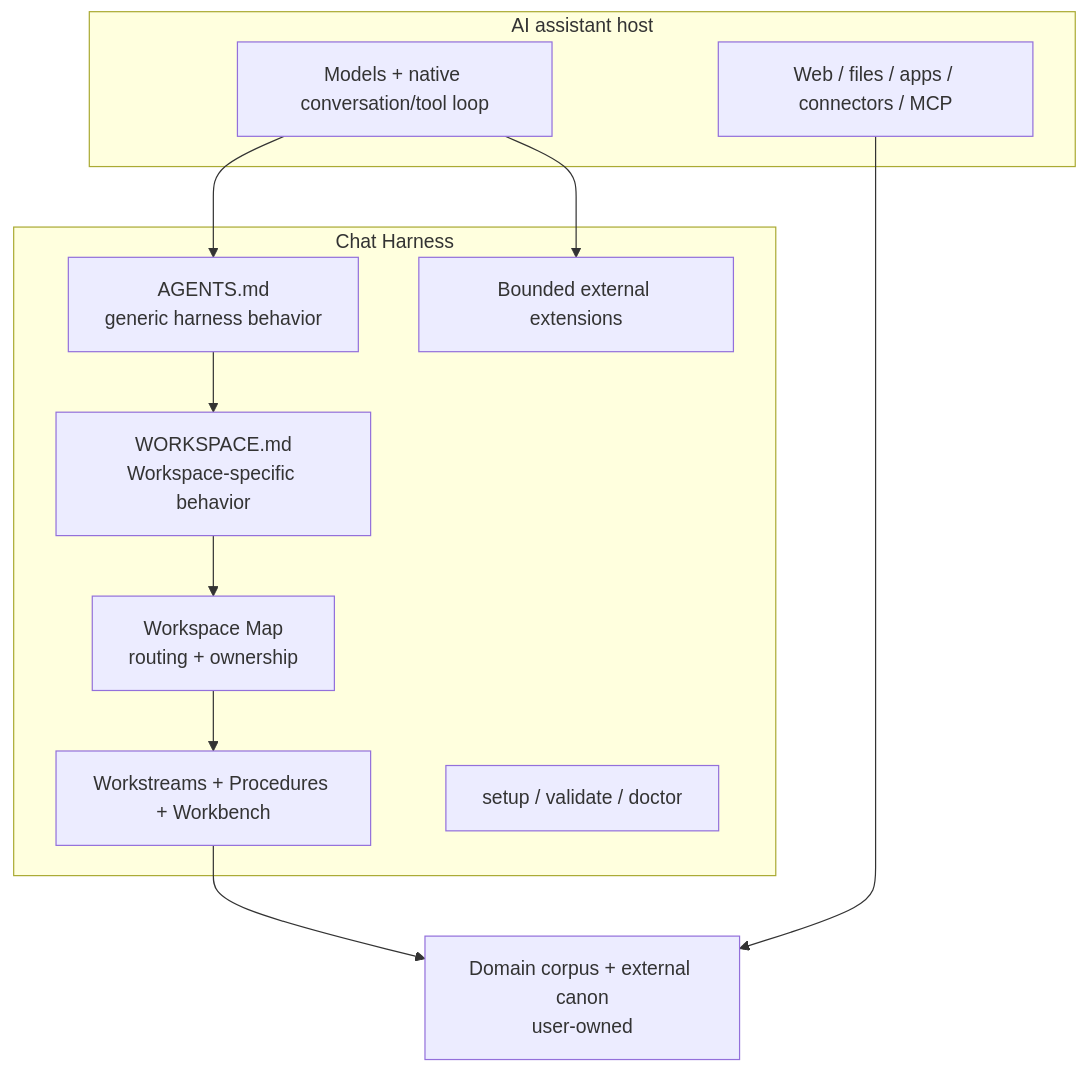
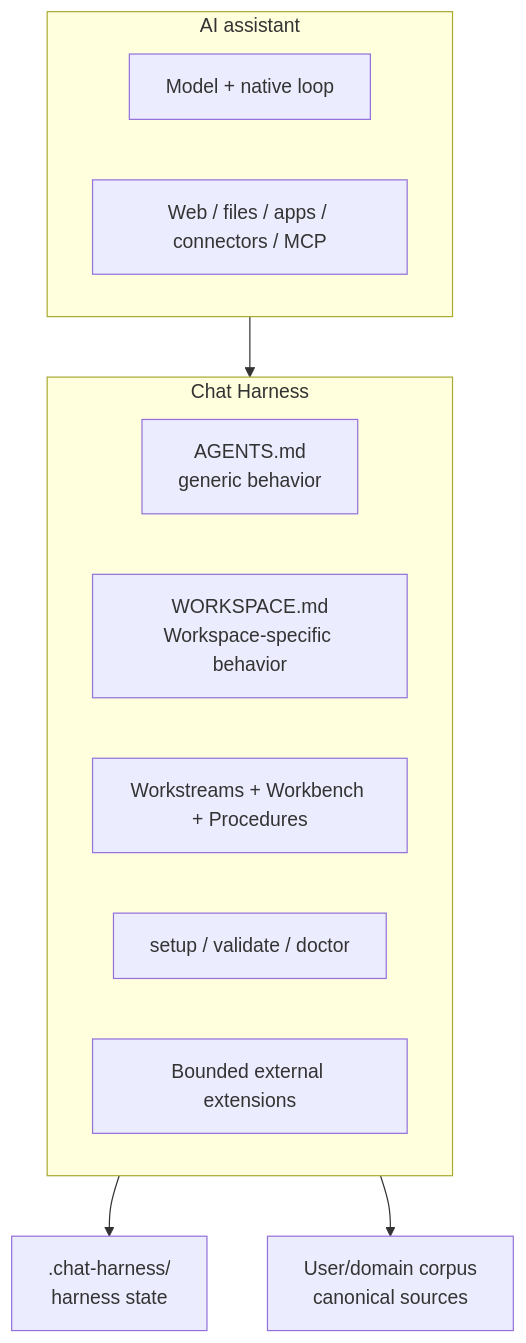
Before and after one commit to carlosboeing/chat-harness: the diagram in docs/architecture.md, drawn with Mermaid. The commit also changed other lines of this file and 4 other files, not shown here.

````diff
--- a/docs/architecture.md
+++ b/docs/architecture.md
@@ -9,24 +7,19 @@
 ```mermaid
 flowchart TB
-    subgraph Host["AI assistant host"]
-      H["Models + native conversation/tool loop"]
-      N["Web / files / apps / connectors / MCP"]
+    subgraph Host["AI assistant"]
+      M["Model + native loop"]
+      T["Web / files / apps / connectors / MCP"]
     end
     subgraph Harness["Chat Harness"]
-      A["AGENTS.md<br/>generic harness behavior"]
+      A["AGENTS.md<br/>generic behavior"]
       W["WORKSPACE.md<br/>Workspace-specific behavior"]
-      M["Workspace Map<br/>routing + ownership"]
-      S["Workstreams + Procedures + Workbench"]
+      S["Workstreams + Workbench + Procedures"]
       V["setup / validate / doctor"]
       E["Bounded external extensions"]
     end
-    C["Domain corpus + external canon<br/>user-owned"]
-
-    H --> A
-    A --> W
-    W --> M
-    M --> S
-    S --> C
-    N --> C
-    H --> E
+    C["User/domain corpus<br/>canonical sources"]
+    H[".chat-harness/<br/>harness state"]
+    Host --> Harness
+    Harness --> H
+    Harness --> C
 ```
````
